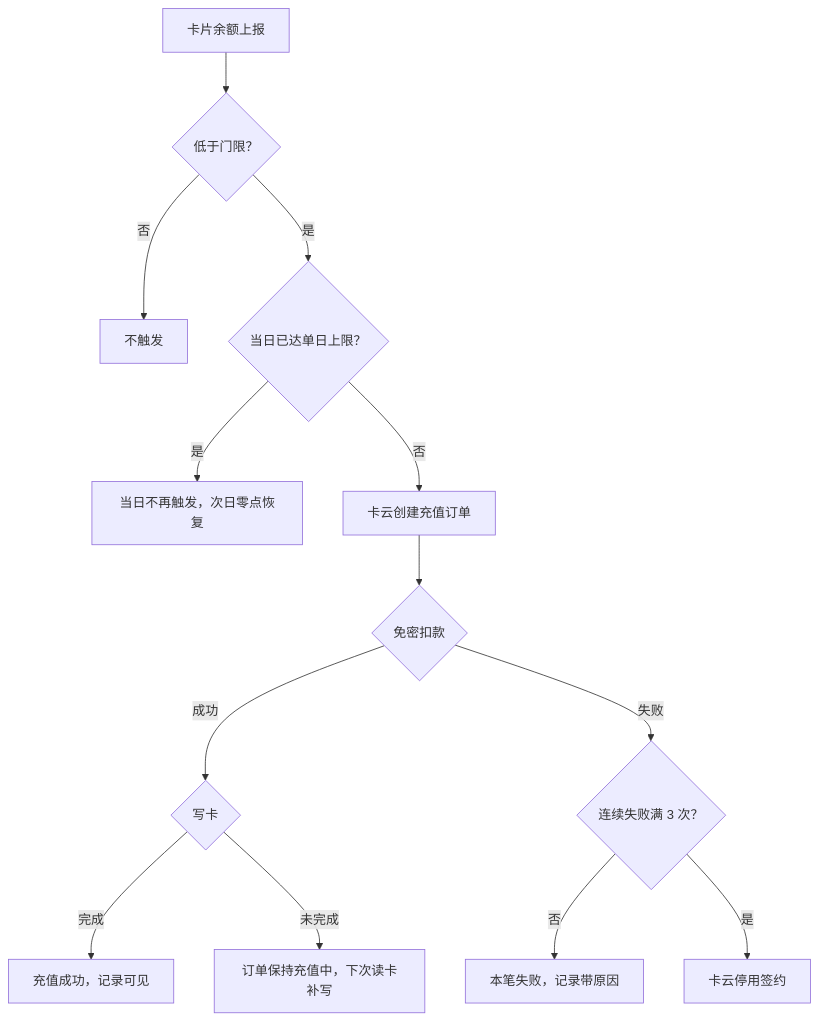
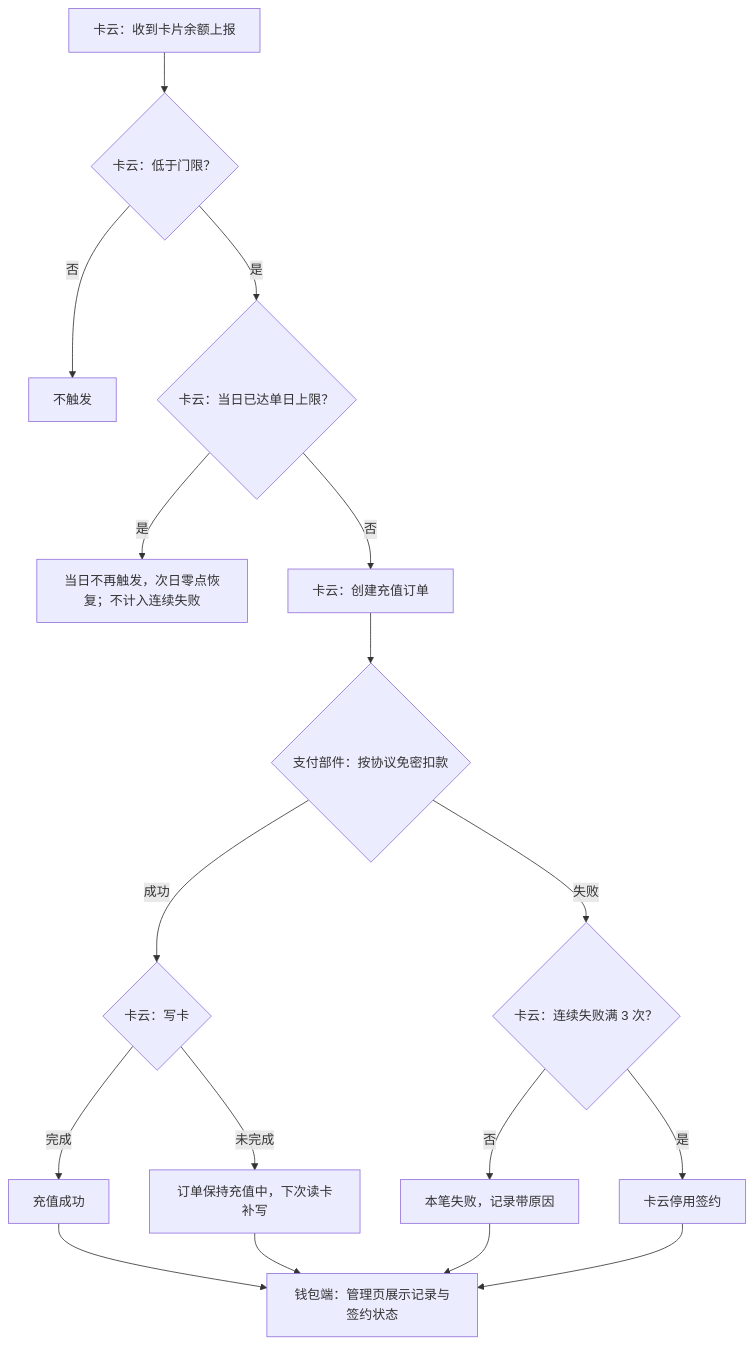
The second of 3 diagrams in doc/plan/1.9.9/金样候选/auto-topup/AR/story.md (sqsqsq/SimulatedWalletForHmos), drawn with Mermaid before and after one commit. The commit also changed other lines of this file and 38 other files, not shown here.

````diff
--- a/doc/plan/1.9.9/金样候选/auto-topup/AR/story.md
+++ b/doc/plan/1.9.9/金样候选/auto-topup/AR/story.md
@@ -310,16 +195,20 @@
 ```mermaid
 %% 图源 spec §5.4 #1
 flowchart TD
-  A[卡片余额上报] --> B{低于门限？}
+  A[卡云：收到卡片余额上报] --> B{卡云：低于门限？}
   B -->|否| Z[不触发]
-  B -->|是| L{当日已达单日上限？}
-  L -->|是| Z2[当日不再触发，次日零点恢复]
-  L -->|否| O[卡云创建充值订单]
-  O --> P{免密扣款}
-  P -->|成功| W{写卡}
-  W -->|完成| OK[充值成功，记录可见]
+  B -->|是| L{卡云：当日已达单日上限？}
+  L -->|是| Z2[当日不再触发，次日零点恢复；不计入连续失败]
+  L -->|否| O[卡云：创建充值订单]
+  O --> P{支付部件：按协议免密扣款}
+  P -->|成功| W{卡云：写卡}
+  W -->|完成| OK[充值成功]
   W -->|未完成| ING[订单保持充值中，下次读卡补写]
-  P -->|失败| F{连续失败满 3 次？}
+  P -->|失败| F{卡云：连续失败满 3 次？}
   F -->|否| FR[本笔失败，记录带原因]
   F -->|是| DS[卡云停用签约]
+  OK --> SH[钱包端：管理页展示记录与签约状态]
+  ING --> SH
+  FR --> SH
+  DS --> SH
 ```
````
